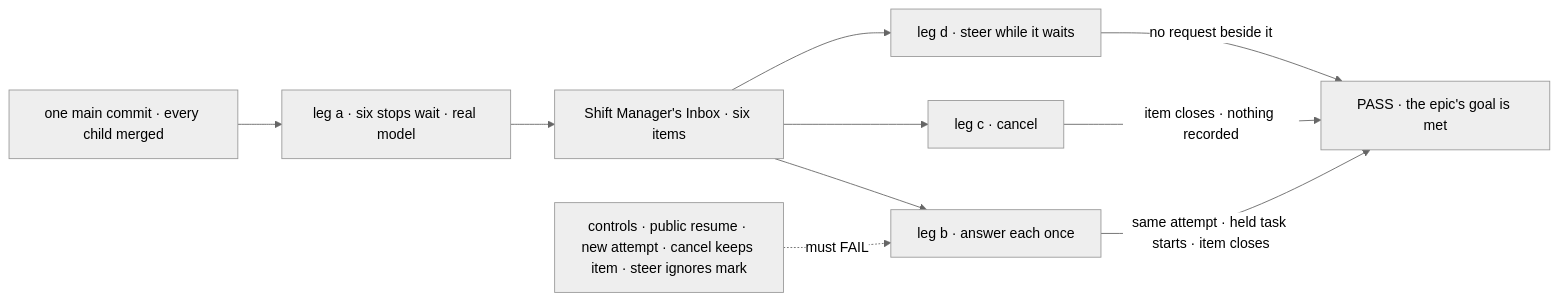
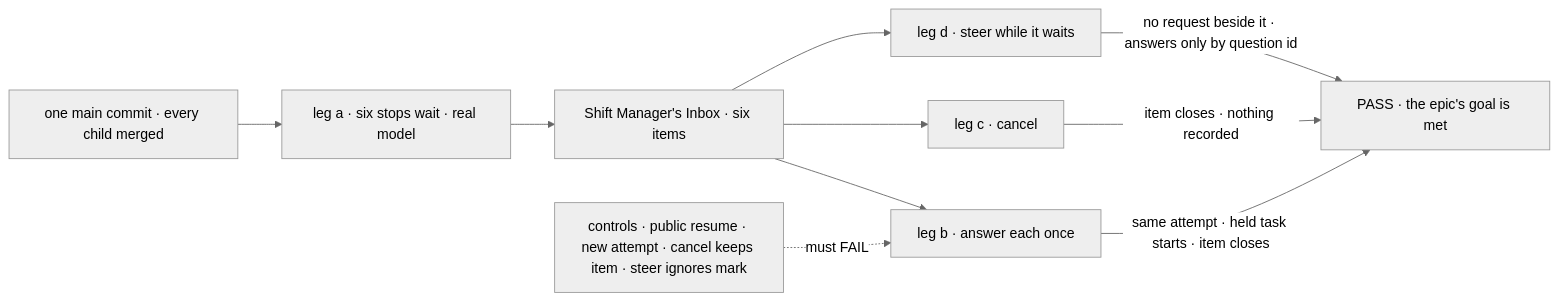
The diagram in specs/issues/FIX-2134/SPEC.md (fixpoint-labs/flow-state-dev), drawn with Mermaid (neutral theme) before and after one commit. The commit also changed other lines of this file and 2 other files, not shown here.

First line of the commit message:
spec(FIX-2134): a held question answers only by an id-carrying steer; trim SPEC.md

````diff
--- a/specs/issues/FIX-2134/SPEC.md
+++ b/specs/issues/FIX-2134/SPEC.md
@@ -29,12 +28,12 @@
 ```mermaid
 flowchart LR
   M["one main commit · every child merged"] --> A["leg a · six stops wait · real model"]
   A --> I["Shift Manager's Inbox · six items"]
   I --> B["leg b · answer each once"]
   I --> C["leg c · cancel"]
   I --> D["leg d · steer while it waits"]
   B -->|"same attempt · held task starts · item closes"| P["PASS · the epic's goal is met"]
   C -->|"item closes · nothing recorded"| P
-  D -->|"no request beside it"| P
+  D -->|"no request beside it · answers only by question id"| P
   K["controls · public resume · new attempt · cancel keeps item · steer ignores mark"] -.->|"must FAIL"| B
 ```
````
